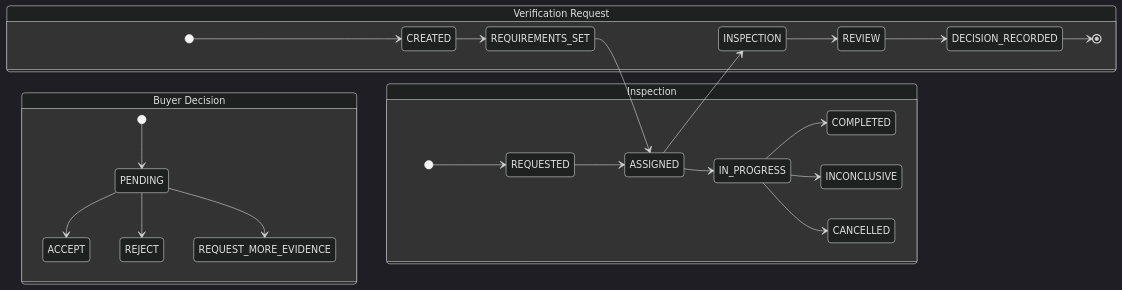
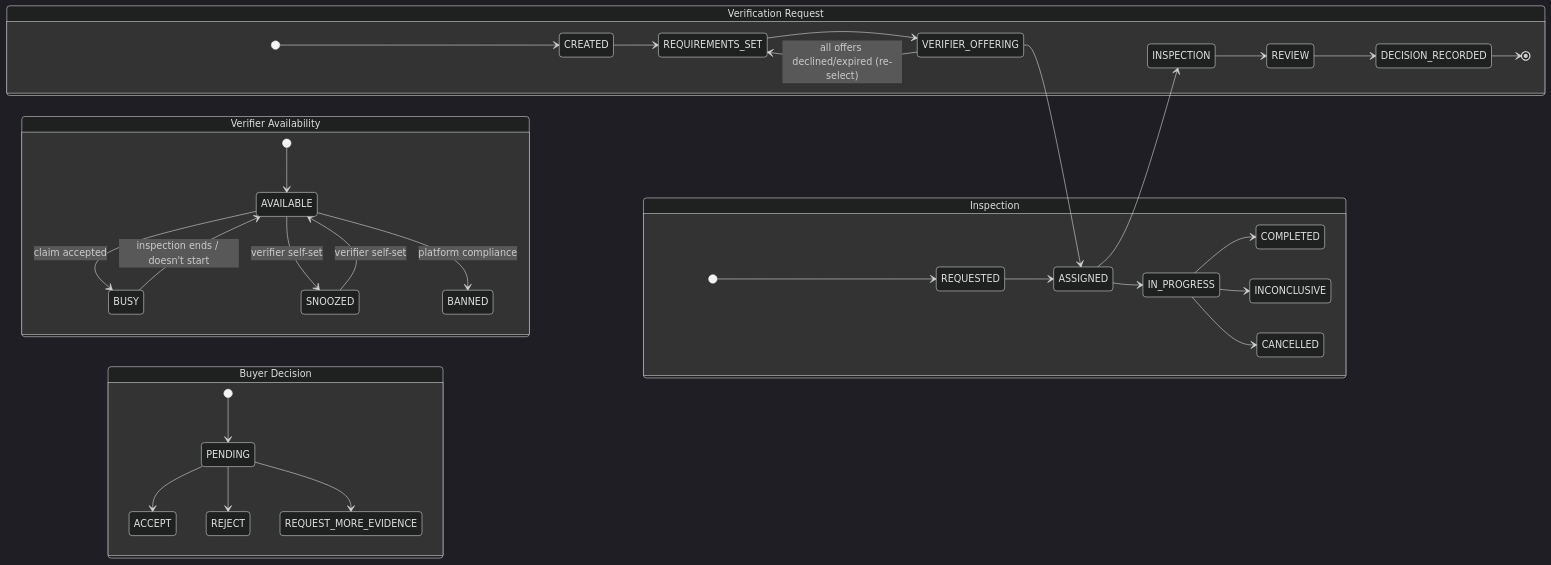
One commit to Franck-Sorel/douala-trust changed the first of 2 diagrams in 2-design/inspection-state.md. Above: the diagram before and after it, drawn with Mermaid (dark theme). The commit also changed other lines of this file and 13 other files, not shown here.

````diff
--- a/2-design/inspection-state.md
+++ b/2-design/inspection-state.md
@@ -14,30 +21,41 @@
 ```mermaid
 stateDiagram-v2
   direction LR
 
   state "Verification Request" as R {
     [*] --> CREATED
     CREATED --> REQUIREMENTS_SET
-    REQUIREMENTS_SET --> ASSIGNED
+    REQUIREMENTS_SET --> VERIFIER_OFFERING
+    VERIFIER_OFFERING --> ASSIGNED
+    VERIFIER_OFFERING --> REQUIREMENTS_SET : all offers declined/expired (re-select)
     ASSIGNED --> INSPECTION
     INSPECTION --> REVIEW
     REVIEW --> DECISION_RECORDED
     DECISION_RECORDED --> [*]
+  }
+
+  state "Verifier Availability" as V {
+    [*] --> AVAILABLE
+    AVAILABLE --> BUSY : claim accepted
+    AVAILABLE --> SNOOZED : verifier self-set
+    SNOOZED --> AVAILABLE : verifier self-set
+    AVAILABLE --> BANNED : platform compliance
+    BUSY --> AVAILABLE : inspection ends / doesn't start
   }
 
   state "Inspection" as I {
     [*] --> REQUESTED
     REQUESTED --> ASSIGNED
     ASSIGNED --> IN_PROGRESS
     IN_PROGRESS --> COMPLETED
     IN_PROGRESS --> INCONCLUSIVE
     IN_PROGRESS --> CANCELLED
   }
 
   state "Buyer Decision" as D {
     [*] --> PENDING
     PENDING --> ACCEPT
     PENDING --> REJECT
     PENDING --> REQUEST_MORE_EVIDENCE
   }
 ```
````
